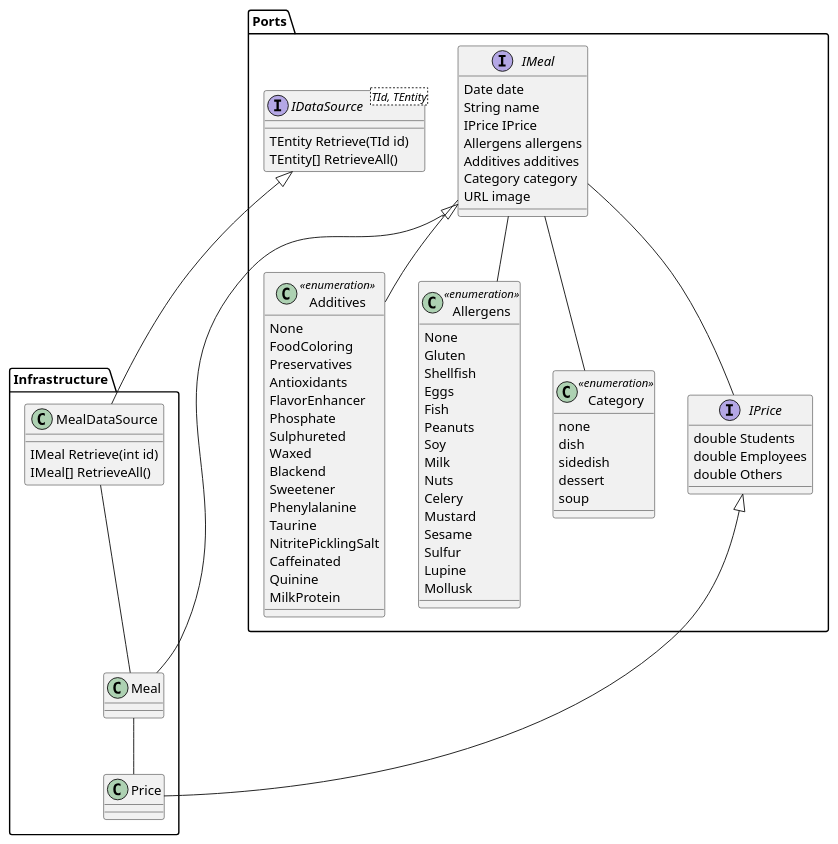
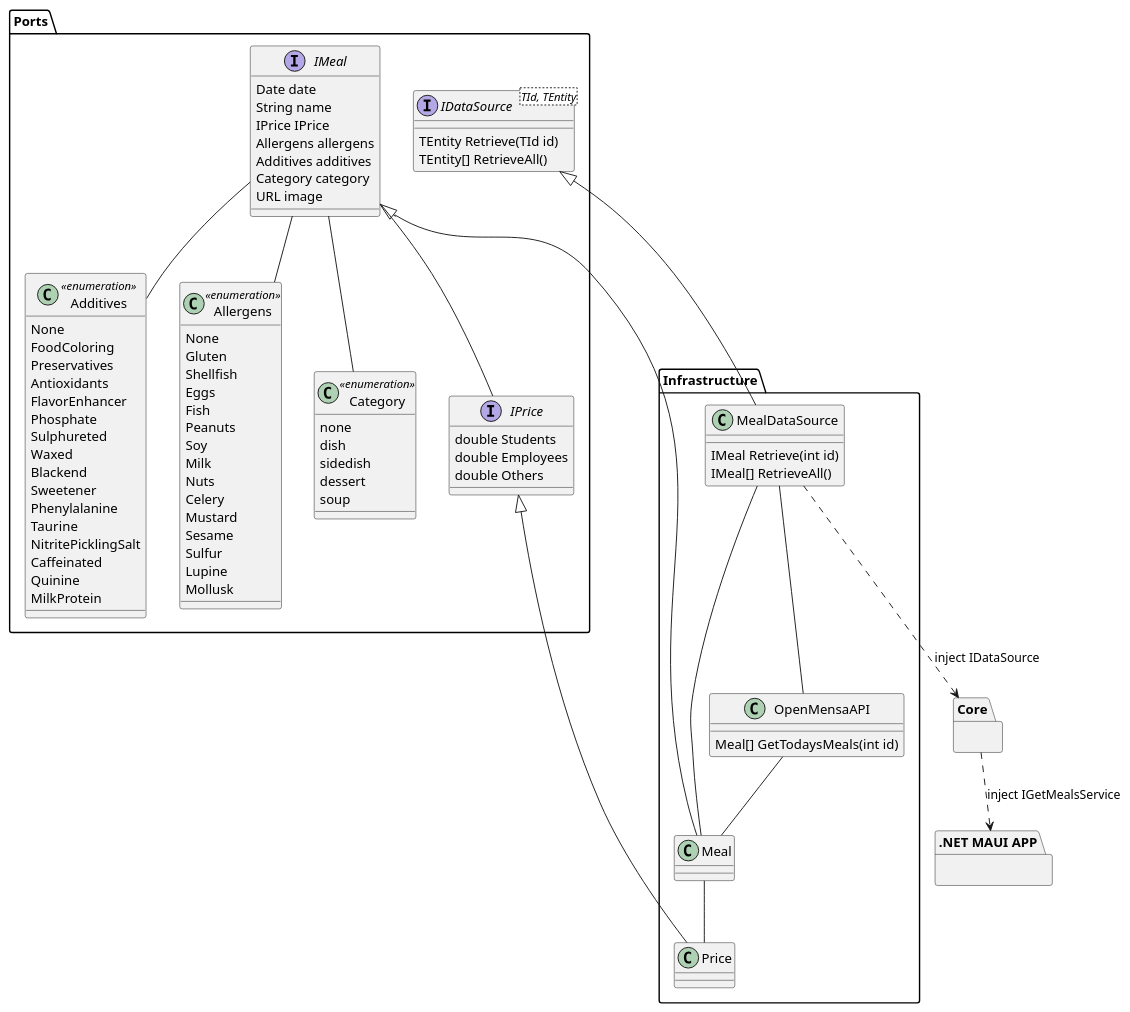
The diagram in BausteineMensaA.pu (RobinNunkesser/plantuml), drawn with PlantUML before and after one commit. The commit also changed 2 other files, not shown here.

```diff
--- a/BausteineMensaA.pu
+++ b/BausteineMensaA.pu
@@ -1,99 +1,115 @@
 @startuml
+
+package ".NET MAUI APP" as App {
+
+}
+package Core {
+
+}
 
 package Ports {
 		interface IDataSource<TId, TEntity> {
 		TEntity Retrieve(TId id)
 		TEntity[] RetrieveAll()
 	}
 
 	class Additives << enumeration >> {
         None
         FoodColoring
         Preservatives
         Antioxidants
         FlavorEnhancer
         Phosphate
         Sulphureted
         Waxed
         Blackend
         Sweetener
         Phenylalanine
         Taurine
         NitritePicklingSalt
         Caffeinated
         Quinine
         MilkProtein
 	}
 
 	class Allergens << enumeration >> {
         None
         Gluten
         Shellfish
         Eggs
         Fish
         Peanuts
         Soy
         Milk
         Nuts
         Celery
         Mustard
         Sesame
         Sulfur
         Lupine
         Mollusk
     }
 
 	class Category << enumeration >> {
 		none
 		dish
 		sidedish
 		dessert
 		soup
 	}
 
 	interface IMeal {
 		{field} Date date
 		{field} String name
 		{field} IPrice IPrice
 		{field} Allergens allergens
 		{field} Additives additives
 		{field} Category category
 		{field} URL image		
 	}
 
 	interface IPrice {
 		double Students
 		double Employees
 		double Others
 	}
 
 
 }
 
 package Infrastructure {
         class MealDataSource {
         IMeal Retrieve(int id)
         IMeal[] RetrieveAll()        
         }
 
         class Meal {}
 
         class Price {}
 
+        class OpenMensaAPI {
+                Meal[] GetTodaysMeals(int id)
+
+        }
+
 }
 
 
 IMeal -- Category
 IMeal -- Allergens
 IMeal -- Additives
 IMeal -- IPrice
 IDataSource <|-- MealDataSource
 IMeal <|-- Meal
 IPrice <|-- Price
 Meal -- Price
 MealDataSource -- Meal
 'IGetMealsService -- MensaView 
 'IDataSource -- GetMealsService
 'GetMealsService -- IDataSource
+MealDataSource -- OpenMensaAPI
+OpenMensaAPI -- Meal
+MealDataSource ..> Core : inject IDataSource
+Core ..> App : inject IGetMealsService
 
 @enduml
```
